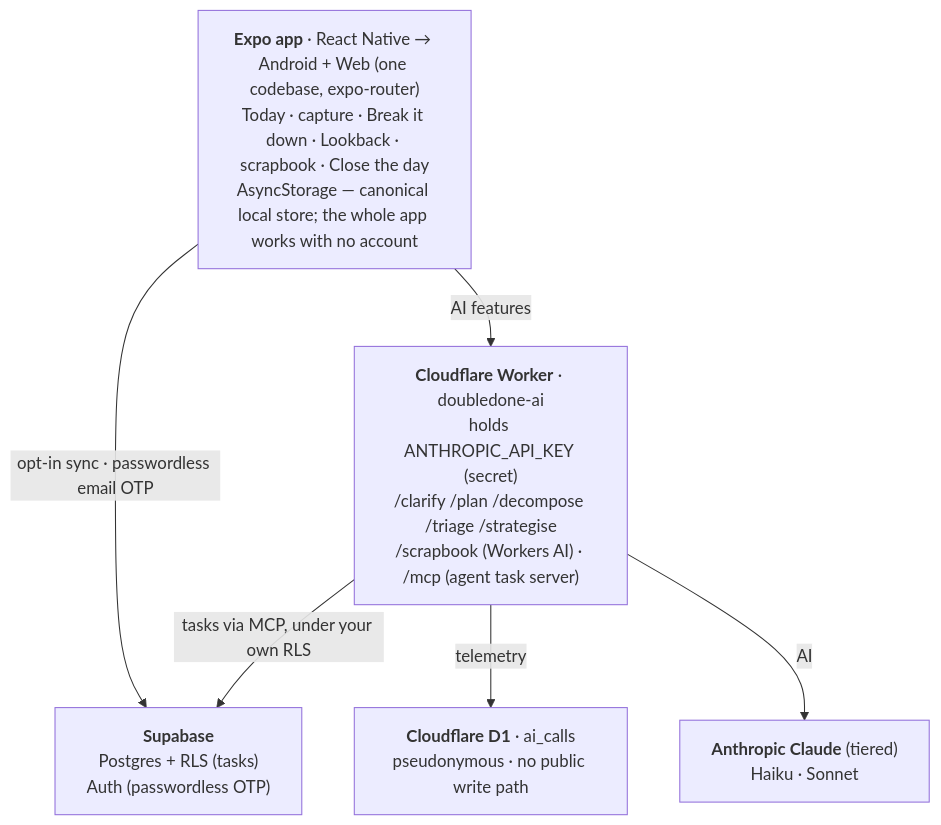
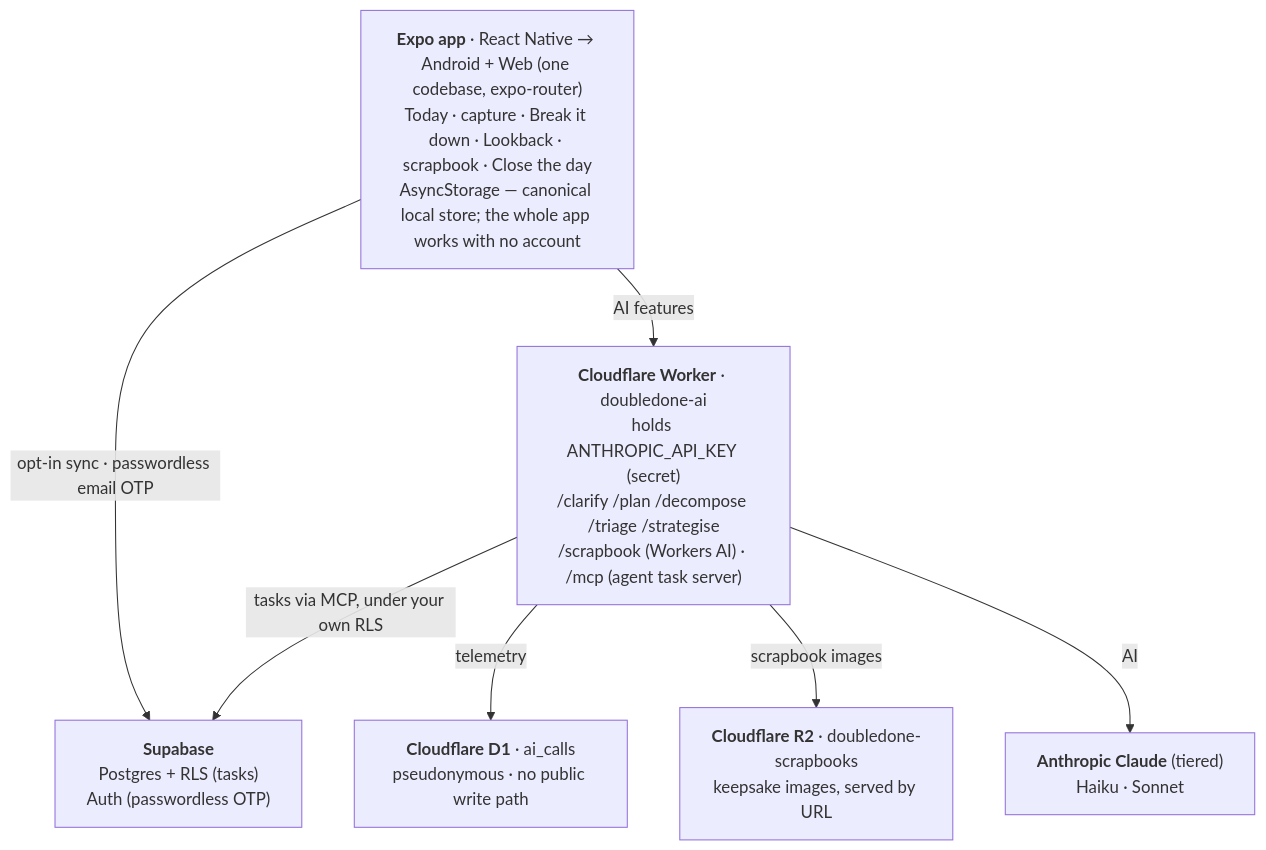
Before and after one commit to melroyds/doubledone: the diagram in README.md, drawn with Mermaid. The commit also changed other lines of this file, not shown here.

First line of the commit message:
docs(readme): document the new ADHD features, multi-select, and R2 scrapbook

````diff
--- a/README.md
+++ b/README.md
@@ -93,9 +101,10 @@
 ```mermaid
 flowchart TB
     App["<b>Expo app</b> · React Native → Android + Web (one codebase, expo-router)<br/>Today · capture · Break it down · Lookback · scrapbook · Close the day<br/>AsyncStorage — canonical local store; the whole app works with no account"]
     App -->|"opt-in sync · passwordless email OTP"| SB["<b>Supabase</b><br/>Postgres + RLS (tasks)<br/>Auth (passwordless OTP)"]
     App -->|"AI features"| W["<b>Cloudflare Worker</b> · doubledone-ai<br/>holds ANTHROPIC_API_KEY (secret)<br/>/clarify /plan /decompose /triage /strategise<br/>/scrapbook (Workers AI) · /mcp (agent task server)"]
     W -->|"tasks via MCP, under your own RLS"| SB
     W -->|"telemetry"| D1["<b>Cloudflare D1</b> · ai_calls<br/>pseudonymous · no public write path"]
+    W -->|"scrapbook images"| R2["<b>Cloudflare R2</b> · doubledone-scrapbooks<br/>keepsake images, served by URL"]
     W -->|"AI"| AN["<b>Anthropic Claude</b> (tiered)<br/>Haiku · Sonnet"]
 ```
````
